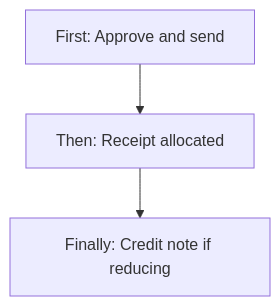
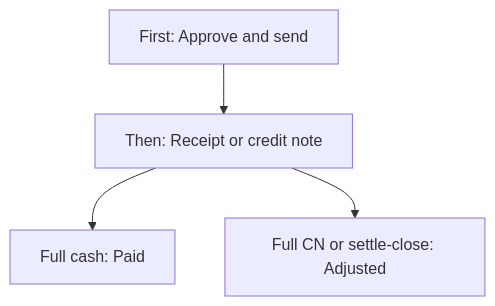
Before and after one commit to Aurifex-Innovations/ERP_docs: diagram 14 of 16 in v0_final_docs/Accounts/invoicing.md, drawn with Mermaid. The commit also changed other lines of this file, not shown here.

````diff
--- a/v0_final_docs/Accounts/invoicing.md
+++ b/v0_final_docs/Accounts/invoicing.md
@@ -551,5 +588,6 @@
 ```mermaid
 flowchart TD
-  sendInv["First: Approve and send"] --> getPaid["Then: Receipt allocated"]
-  getPaid --> cnIfNeed["Finally: Credit note if reducing"]
+  sendInv["First: Approve and send"] --> getPaid["Then: Receipt or credit note"]
+  getPaid --> paidPath["Full cash: Paid"]
+  getPaid --> adjPath["Full CN or settle-close: Adjusted"]
 ```
````
